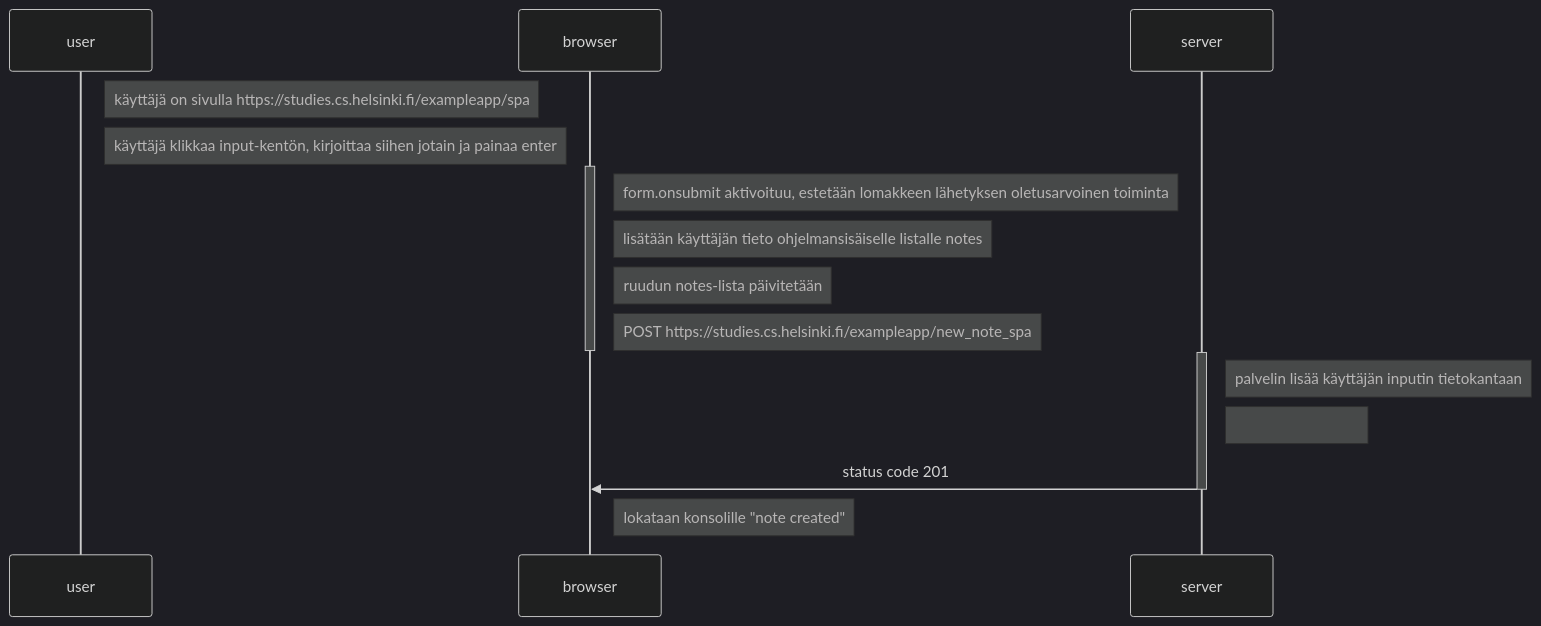
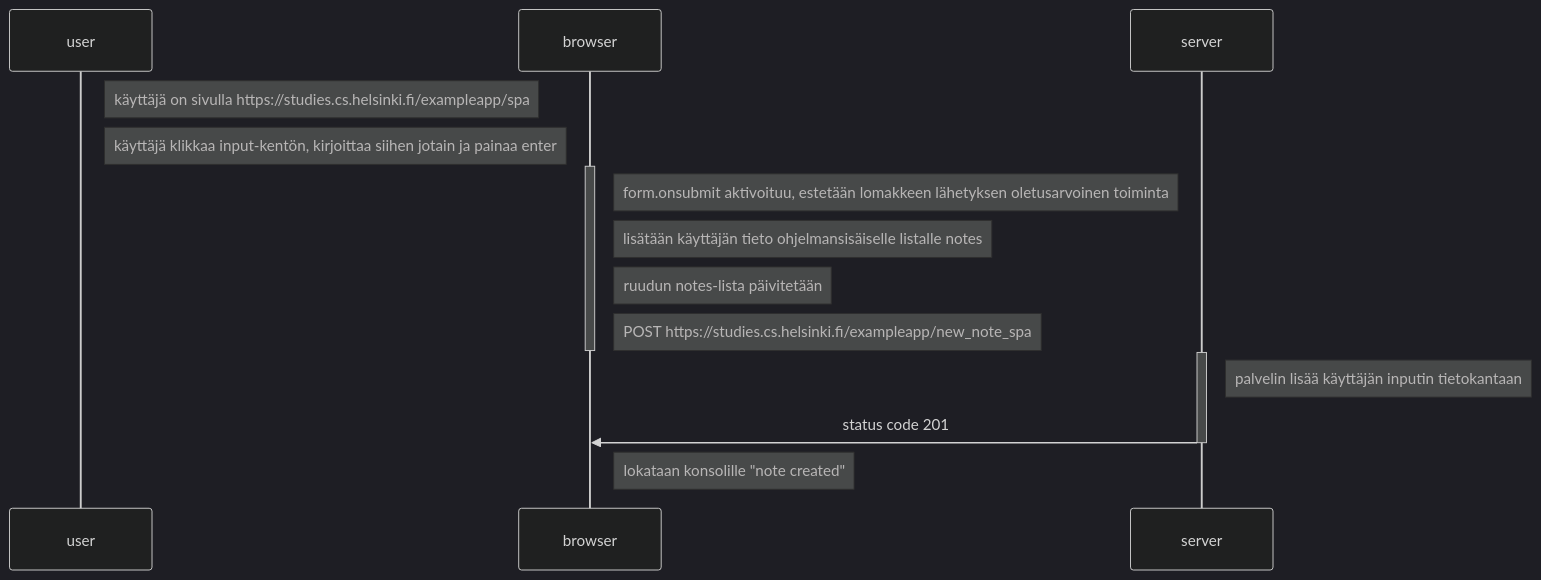
One commit to moocjsi/mooc-harj03 changed the diagram in mermaid-test9.md. Above: the diagram before and after it, drawn with Mermaid (dark theme).

````diff
--- a/mermaid-test9.md
+++ b/mermaid-test9.md
@@ -2,26 +2,25 @@
 ```mermaid
 sequenceDiagram
     participant user
     participant browser
     participant server
 
     Note right of user: käyttäjä on sivulla https://studies.cs.helsinki.fi/exampleapp/spa
     Note right of user: käyttäjä klikkaa input-kentön, kirjoittaa siihen jotain ja painaa enter
 
     activate browser
     Note right of browser: form.onsubmit aktivoituu, estetään lomakkeen lähetyksen oletusarvoinen toiminta
     Note right of browser: lisätään käyttäjän tieto ohjelmansisäiselle listalle notes
     Note right of browser: ruudun notes-lista päivitetään
     Note right of browser: POST https://studies.cs.helsinki.fi/exampleapp/new_note_spa
     deactivate browser
 
     activate server
     Note right of server: palvelin lisää käyttäjän inputin tietokantaan
-    Note right of server: 
     server->>browser: status code 201
     deactivate server
 
     Note right of browser: lokataan konsolille "note created"
 
 
 ```
````
